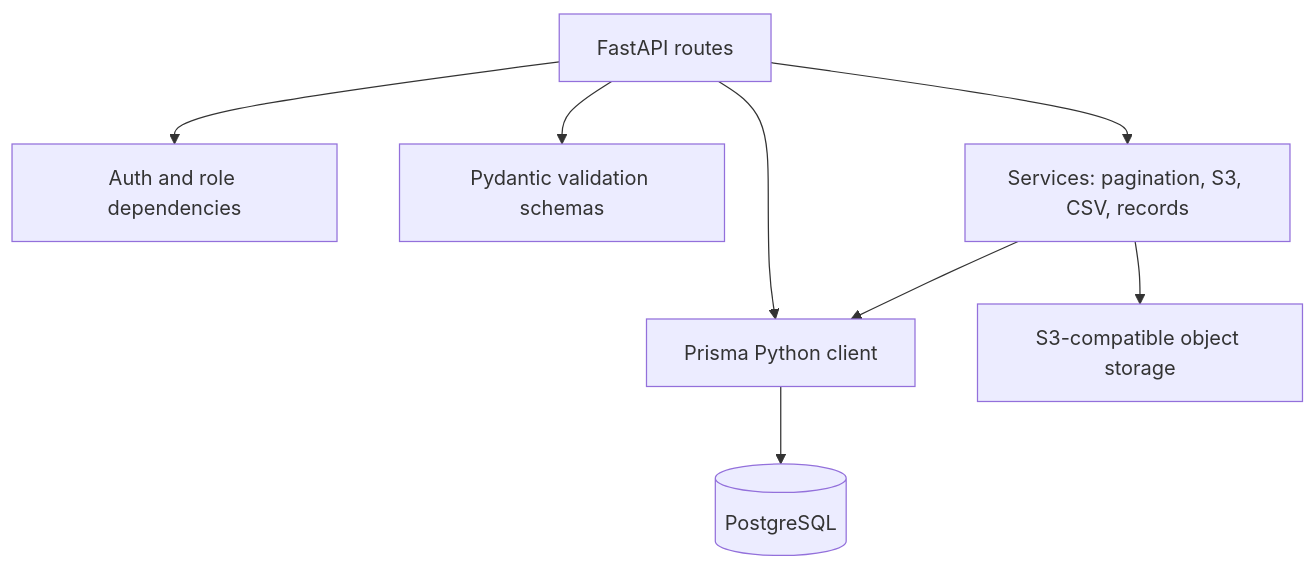
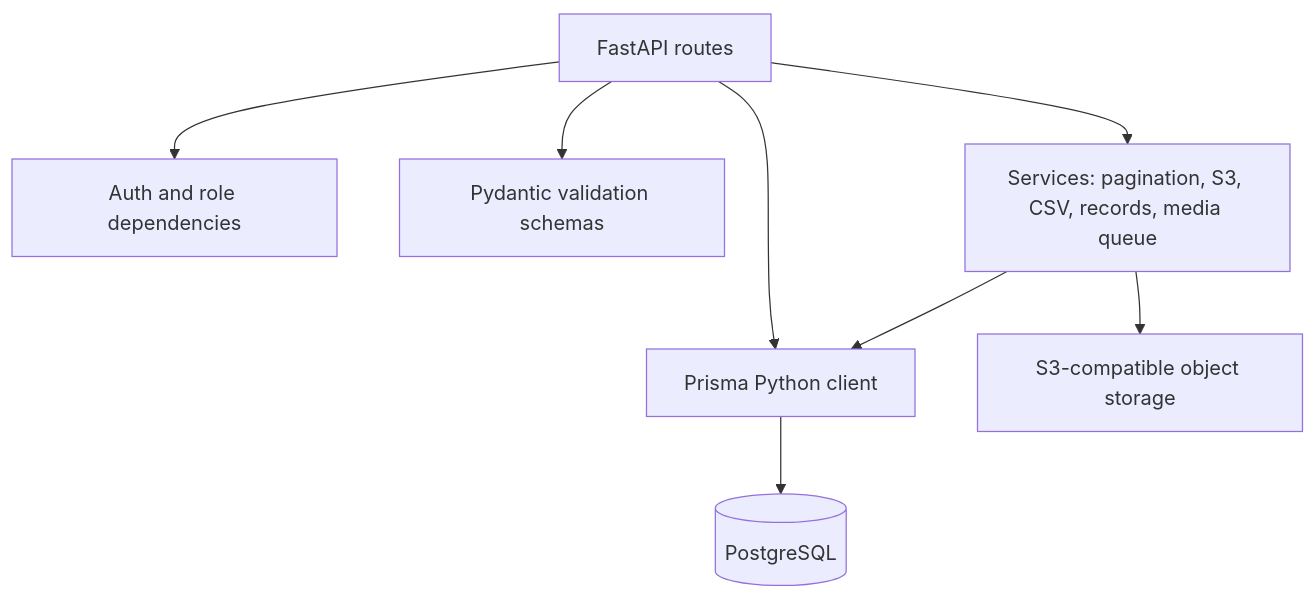
One commit to cxacraftecosystem-ui/documentation-portal changed the second of 12 diagrams in docs/ARCHITECTURE.md. Above: the diagram before and after it, drawn with Mermaid. The commit also changed other lines of this file and 22 other files, not shown here.

Commit message:
Add durable media processing queue

````diff
--- a/docs/ARCHITECTURE.md
+++ b/docs/ARCHITECTURE.md
@@ -30,18 +32,18 @@
 ```mermaid
 flowchart TD
   routes[FastAPI routes]
   deps[Auth and role dependencies]
   schemas[Pydantic validation schemas]
-  services[Services: pagination, S3, CSV, records]
+  services[Services: pagination, S3, CSV, records, media queue]
   prisma[Prisma Python client]
   postgres[(PostgreSQL)]
   storage[S3-compatible object storage]
 
   routes --> deps
   routes --> schemas
   routes --> services
   routes --> prisma
   services --> prisma
   services --> storage
   prisma --> postgres
 ```
````
